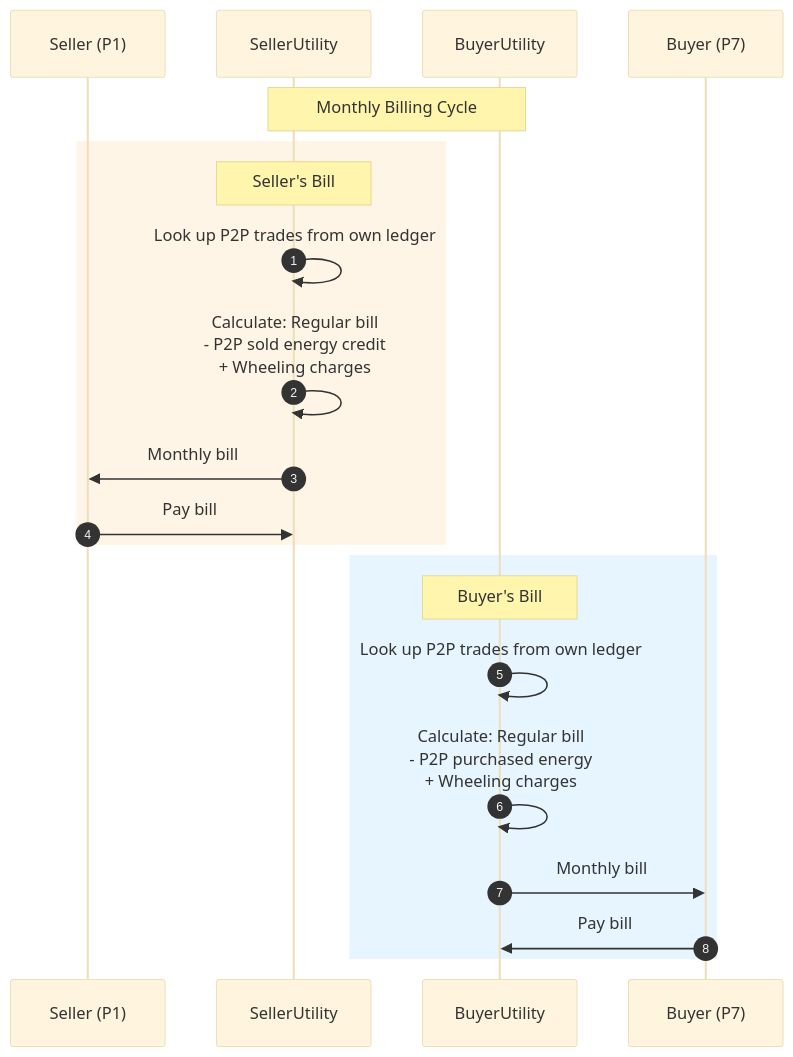
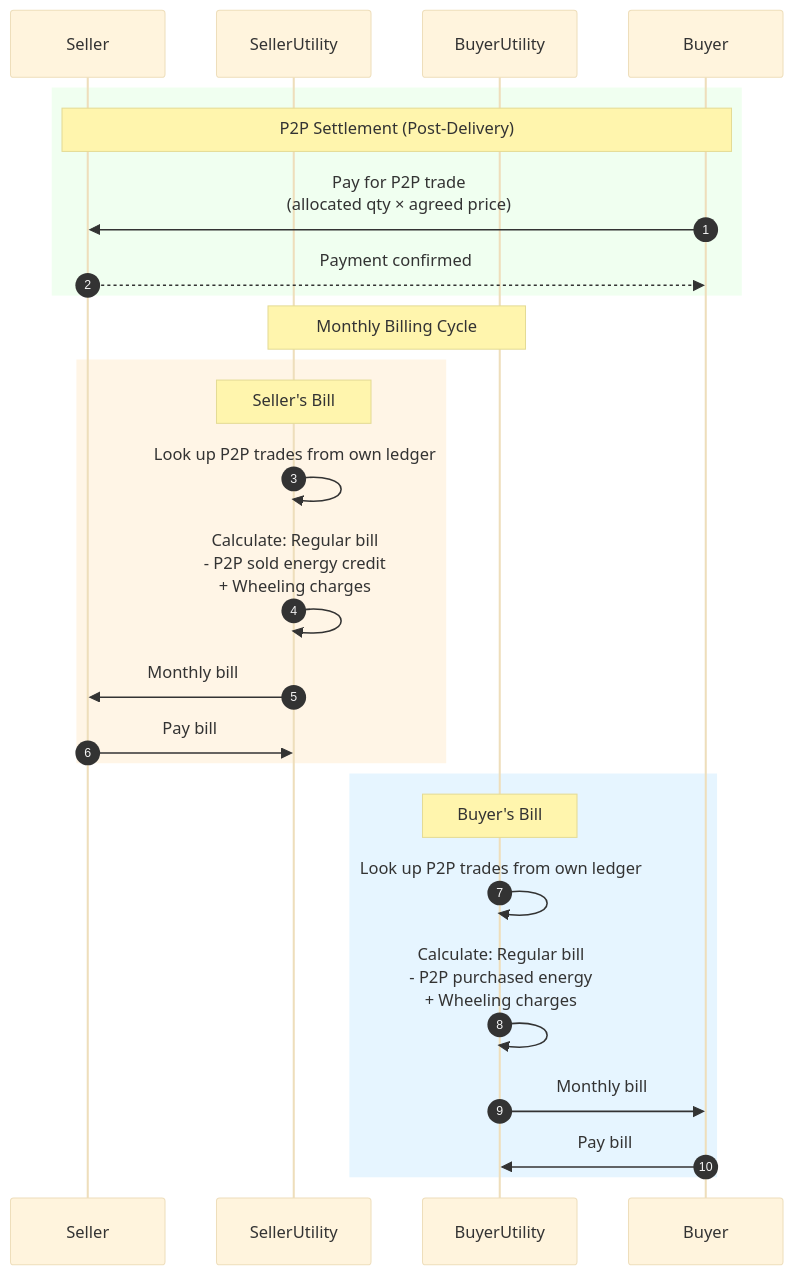
Before and after one commit to beckn/DEG: the eighth of 9 diagrams in docs/implementation-guides/v2/P2P_Trading/Inter_energy_retailer_P2P_trading_alt_draft.md, drawn with Mermaid (base theme). The commit also changed other lines of this file, not shown here.

Commit message:
more refinements to seq diagram

````diff
--- a/docs/implementation-guides/v2/P2P_Trading/Inter_energy_retailer_P2P_trading_alt_draft.md
+++ b/docs/implementation-guides/v2/P2P_Trading/Inter_energy_retailer_P2P_trading_alt_draft.md
@@ -519,26 +522,32 @@
 ```mermaid
 sequenceDiagram
     autonumber
-    participant S as Seller (P1)
+    participant S as Seller
     participant SellerUtility as SellerUtility
     participant BuyerUtility as BuyerUtility
-    participant B as Buyer (P7)
+    participant B as Buyer
+
+    rect rgb(240, 255, 240)
+    Note over S,B: P2P Settlement (Post-Delivery)
+    B->>S: Pay for P2P trade<br/>(allocated qty × agreed price)
+    S-->>B: Payment confirmed
+    end
 
     Note over SellerUtility,BuyerUtility: Monthly Billing Cycle
 
     rect rgb(255, 245, 230)
     Note over SellerUtility: Seller's Bill
     SellerUtility->>SellerUtility: Look up P2P trades from own ledger
     SellerUtility->>SellerUtility: Calculate: Regular bill<br/>- P2P sold energy credit<br/>+ Wheeling charges
     SellerUtility->>S: Monthly bill
     S->>SellerUtility: Pay bill
     end
 
     rect rgb(230, 245, 255)
     Note over BuyerUtility: Buyer's Bill
     BuyerUtility->>BuyerUtility: Look up P2P trades from own ledger
     BuyerUtility->>BuyerUtility: Calculate: Regular bill<br/>- P2P purchased energy<br/>+ Wheeling charges
     BuyerUtility->>B: Monthly bill
     B->>BuyerUtility: Pay bill
     end
 ```
````
